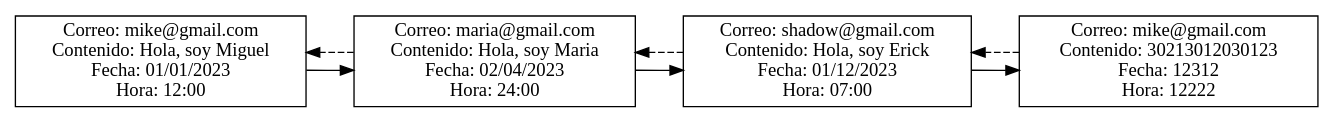
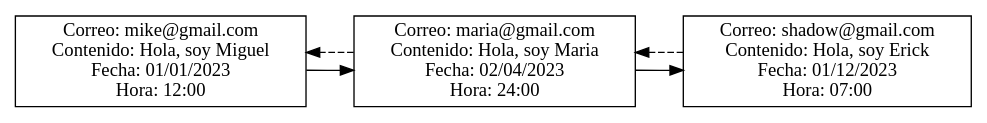
Before and after one commit to Kevin-alvarez1/PROYECTO_MULTIFASES_RED_SOCIAL: the diagram in Fase1/output/publicaciones.dot, drawn with Graphviz. The commit also changed 20 other files, not shown here.

```diff
--- a/Fase1/output/publicaciones.dot
+++ b/Fase1/output/publicaciones.dot
@@ -1,14 +1,11 @@
 digraph G {
 node [shape=record];
 rankdir=LR;
 node0 [label="{Correo: mike@gmail.com\nContenido: Hola, soy Miguel\nFecha: 01/01/2023\nHora: 12:00}"];
 node1 [label="{Correo: maria@gmail.com\nContenido: Hola, soy Maria\nFecha: 02/04/2023\nHora: 24:00}"];
 node2 [label="{Correo: shadow@gmail.com\nContenido: Hola, soy Erick\nFecha: 01/12/2023\nHora: 07:00}"];
-node3 [label="{Correo: mike@gmail.com\nContenido: 30213012030123\nFecha: 12312\nHora: 12222}"];
 node0 -> node1;
 node1 -> node2;
 node1 -> node0 [style=dashed];
-node2 -> node3;
 node2 -> node1 [style=dashed];
-node3 -> node2 [style=dashed];
 }
```
